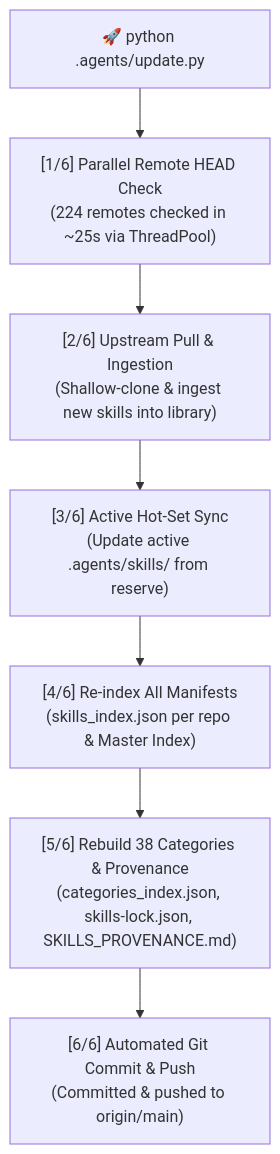
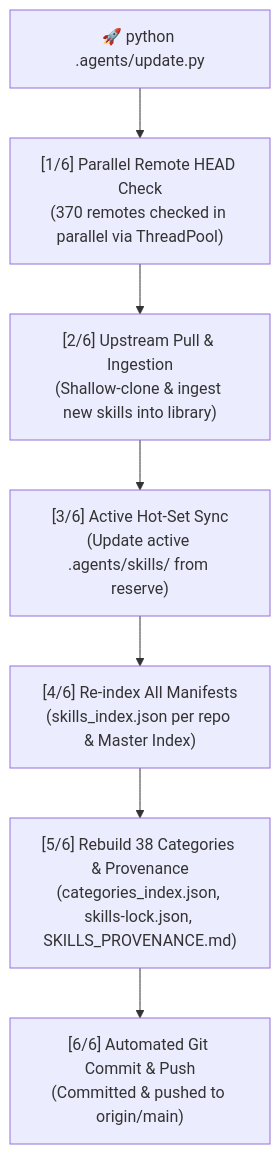
The diagram in README.md (SeaXen/agentskills), drawn with Mermaid before and after one commit. The commit also changed other lines of this file and 4 other files, not shown here.

Commit message:
docs: update README, ARCHITECTURE, PRODUCT, and AGENTS with live vault metrics

````diff
--- a/README.md
+++ b/README.md
@@ -152,9 +152,9 @@
 ```mermaid
 flowchart TD
-    A["🚀 python .agents/update.py"] --> B["[1/6] Parallel Remote HEAD Check<br/>(224 remotes checked in ~25s via ThreadPool)"]
+    A["🚀 python .agents/update.py"] --> B["[1/6] Parallel Remote HEAD Check<br/>(370 remotes checked in parallel via ThreadPool)"]
     B --> C["[2/6] Upstream Pull & Ingestion<br/>(Shallow-clone & ingest new skills into library)"]
     C --> D["[3/6] Active Hot-Set Sync<br/>(Update active .agents/skills/ from reserve)"]
     D --> E["[4/6] Re-index All Manifests<br/>(skills_index.json per repo & Master Index)"]
     E --> F["[5/6] Rebuild 38 Categories & Provenance<br/>(categories_index.json, skills-lock.json, SKILLS_PROVENANCE.md)"]
     F --> G["[6/6] Automated Git Commit & Push<br/>(Committed & pushed to origin/main)"]
 ```
````
